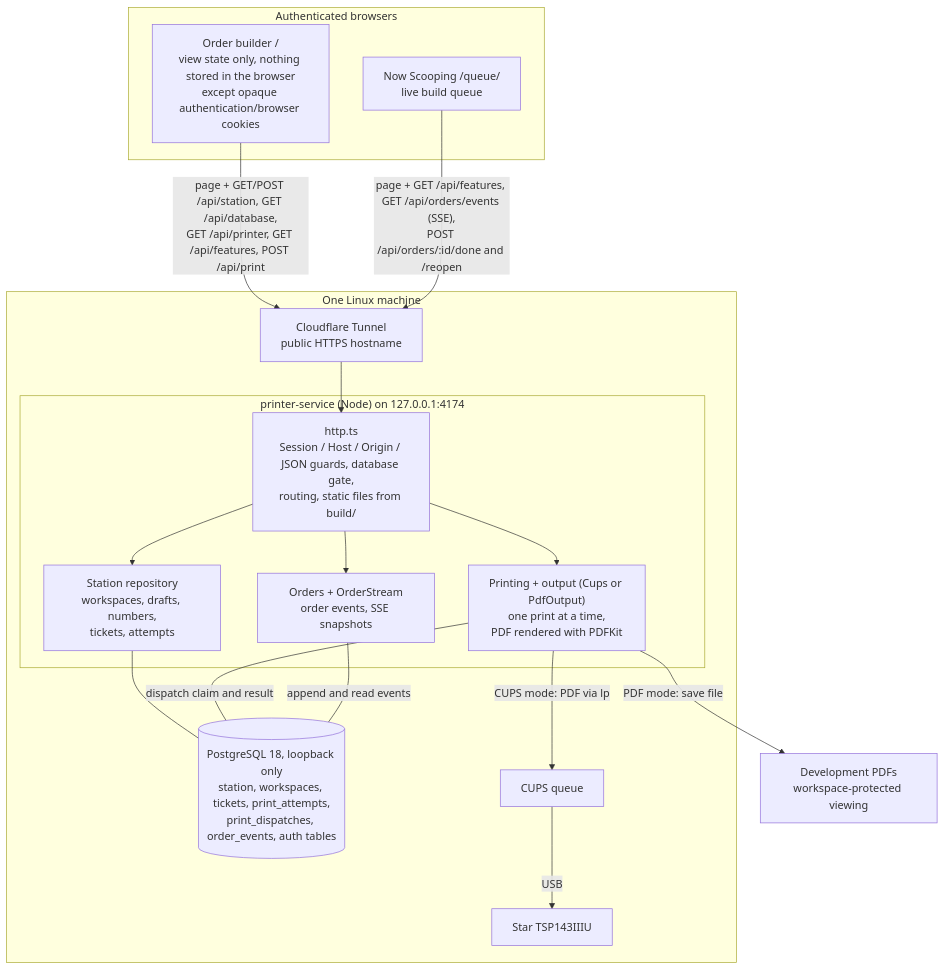
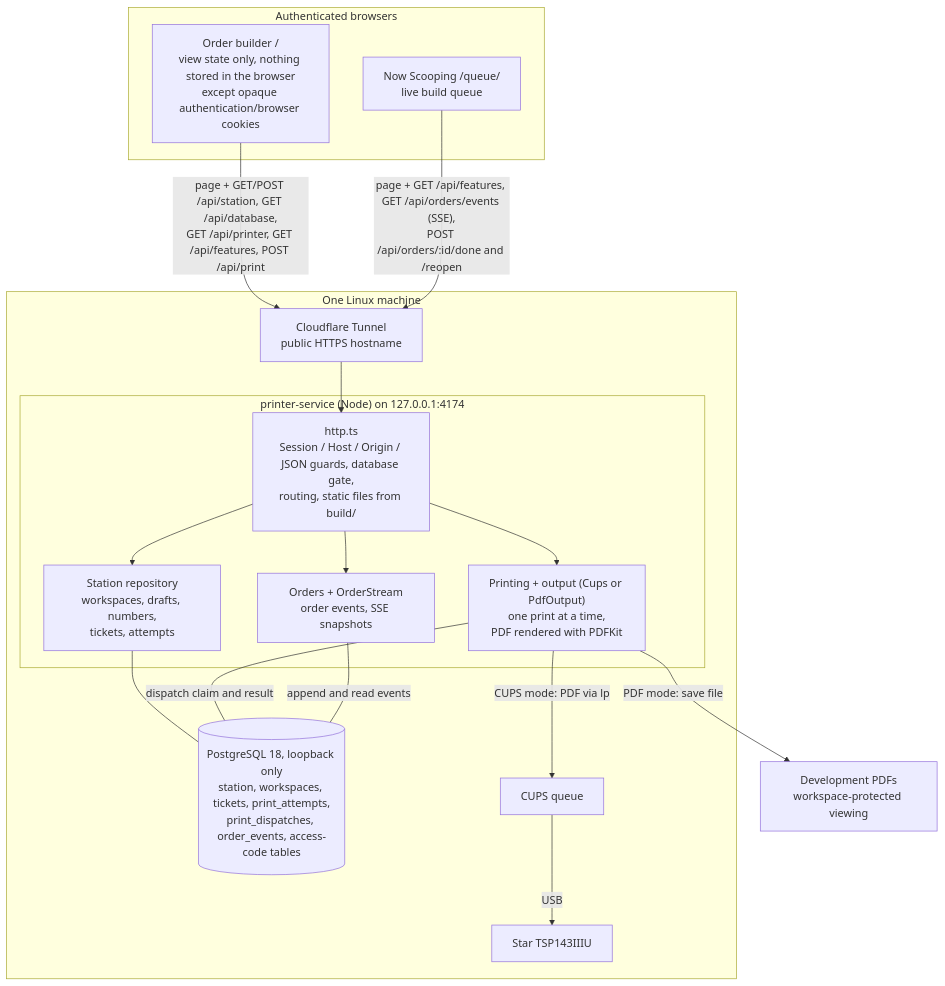
The first of 2 diagrams in README.md (castab/event-order-pad), drawn with Mermaid before and after one commit. The commit also changed other lines of this file and 45 other files, not shown here.

````diff
--- a/README.md
+++ b/README.md
@@ -11,32 +11,32 @@
 ```mermaid
 flowchart TB
   subgraph Devices["Authenticated browsers"]
     B["Order builder /<br/>view state only, nothing stored in the browser<br/>except opaque authentication/browser cookies"]
     Q["Now Scooping /queue/<br/>live build queue"]
   end
   subgraph Host["One Linux machine"]
     TS["Cloudflare Tunnel<br/>public HTTPS hostname"]
     subgraph Svc["printer-service (Node) on 127.0.0.1:4174"]
       H["http.ts<br/>Session / Host / Origin / JSON guards, database gate,<br/>routing, static files from build/"]
       SR["Station repository<br/>workspaces, drafts, numbers,<br/>tickets, attempts"]
       PR["Printing + output (Cups or PdfOutput)<br/>one print at a time,<br/>PDF rendered with PDFKit"]
       OR["Orders + OrderStream<br/>order events, SSE snapshots"]
     end
-    DB[("PostgreSQL 18, loopback only<br/>station, workspaces, tickets, print_attempts,<br/>print_dispatches, order_events, auth tables")]
+    DB[("PostgreSQL 18, loopback only<br/>station, workspaces, tickets, print_attempts,<br/>print_dispatches, order_events, access-code tables")]
     C["CUPS queue"]
     P["Star TSP143IIIU"]
   end
   B -- "page + GET/POST /api/station, GET /api/database,<br/>GET /api/printer, GET /api/features, POST /api/print" --> TS
   Q -- "page + GET /api/features, GET /api/orders/events (SSE),<br/>POST /api/orders/:id/done and /reopen" --> TS
   TS --> H
   H --> SR
   H --> PR
   H --> OR
   SR --- DB
   PR -- "dispatch claim and result" --- DB
   OR -- "append and read events" --- DB
   F["Development PDFs<br/>workspace-protected viewing"]
   PR -- "PDF mode: save file" --> F
   PR -- "CUPS mode: PDF via lp" --> C
   C -- USB --> P
 ```
````
